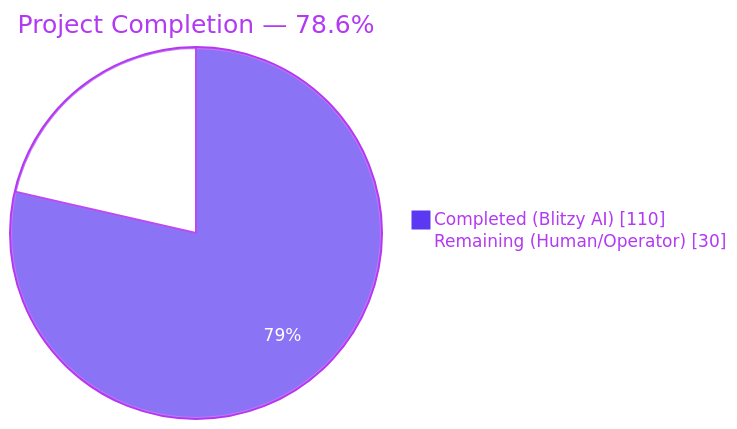
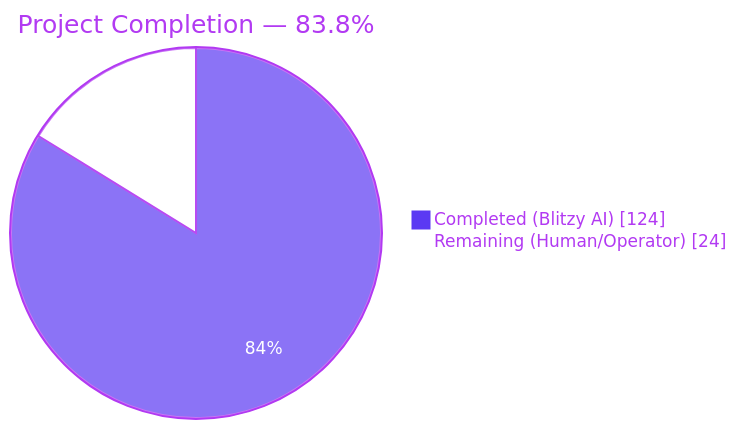
One commit to Blitzy-Sandbox/blitzy-trinket-oss changed the first of 3 diagrams in blitzy/documentation/Project Guide.md. Above: the diagram before and after it, drawn with Mermaid. The commit also changed other lines of this file, not shown here.

Commit message:
Adding Blitzy Project Guide: Project Status and Human Tasks Remaining

````diff
--- a/blitzy/documentation/Project Guide.md
+++ b/blitzy/documentation/Project Guide.md
@@ -19,7 +19,7 @@
 ```mermaid
 %%{init: {'theme':'base','themeVariables':{'pie1':'#5B39F3','pie2':'#FFFFFF','pieStrokeColor':'#B23AF2','pieOuterStrokeColor':'#B23AF2','pieTitleTextColor':'#B23AF2','pieSectionTextColor':'#FFFFFF','pieLegendTextColor':'#B23AF2'}}}%%
 pie showData
-    title Project Completion — 78.6%
-    "Completed (Blitzy AI)" : 110
-    "Remaining (Human/Operator)" : 30
+    title Project Completion — 83.8%
+    "Completed (Blitzy AI)" : 124
+    "Remaining (Human/Operator)" : 24
 ```
````
